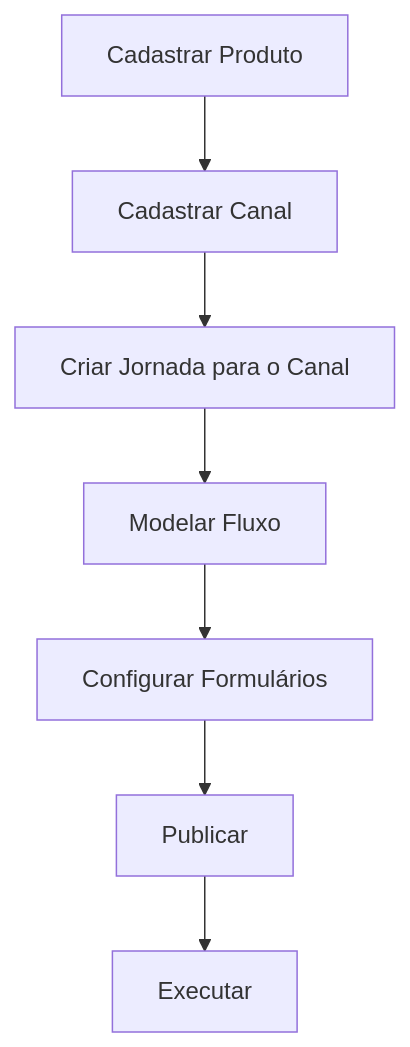
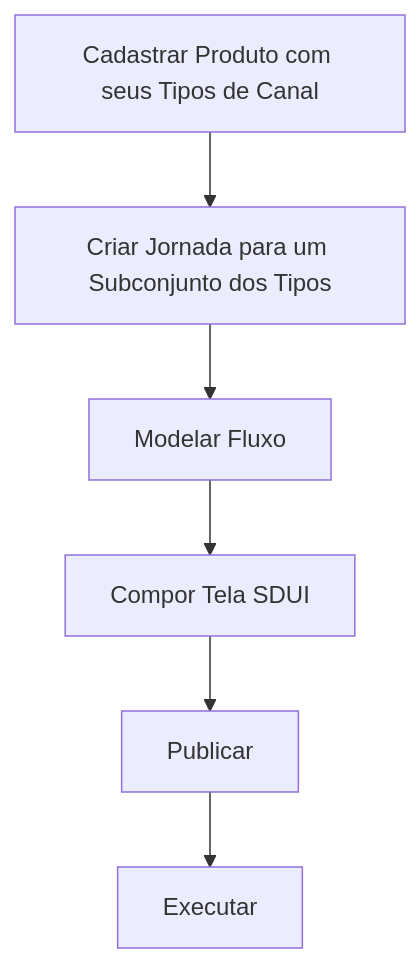
Before and after one commit to hermesnet-git/journey-admin: the sixth of 9 diagrams in requisitos/admin/ej-admin-arquitetura-logica.md, drawn with Mermaid. The commit also changed other lines of this file and 230 other files, not shown here.

First line of the commit message:
Reformula domínio de canais: Channel vira tipo fixo (WEB/MOBILE/WHATSAPP) e documenta jornada multicanal

````diff
--- a/requisitos/admin/ej-admin-arquitetura-logica.md
+++ b/requisitos/admin/ej-admin-arquitetura-logica.md
@@ -455,17 +468,15 @@
 ```mermaid
 flowchart TD
-    PRODUCT[Cadastrar Produto]
-    CHANNEL[Cadastrar Canal]
-    JOURNEY[Criar Jornada para o Canal]
+    PRODUCT[Cadastrar Produto com seus Tipos de Canal]
+    JOURNEY[Criar Jornada para um Subconjunto dos Tipos]
     FLOW[Modelar Fluxo]
-    FORMS[Configurar Formulários]
+    SDUI[Compor Tela SDUI]
     PUBLISH[Publicar]
     EXECUTE[Executar]
 
-    PRODUCT --> CHANNEL
-    CHANNEL --> JOURNEY
+    PRODUCT --> JOURNEY
     JOURNEY --> FLOW
-    FLOW --> FORMS
-    FORMS --> PUBLISH
+    FLOW --> SDUI
+    SDUI --> PUBLISH
     PUBLISH --> EXECUTE
 ```
````
